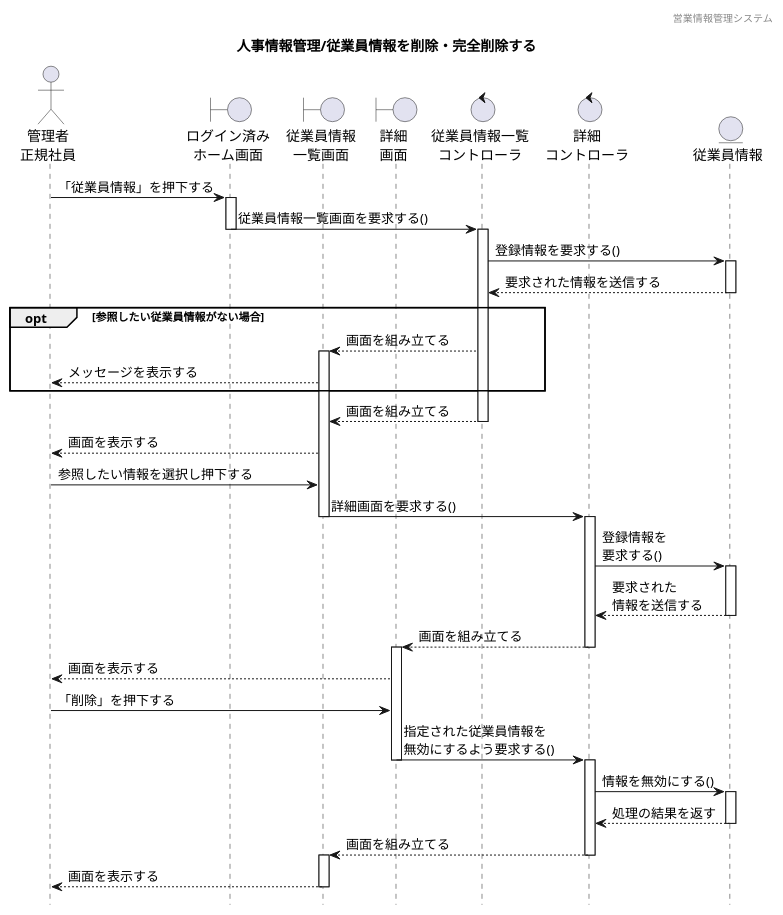
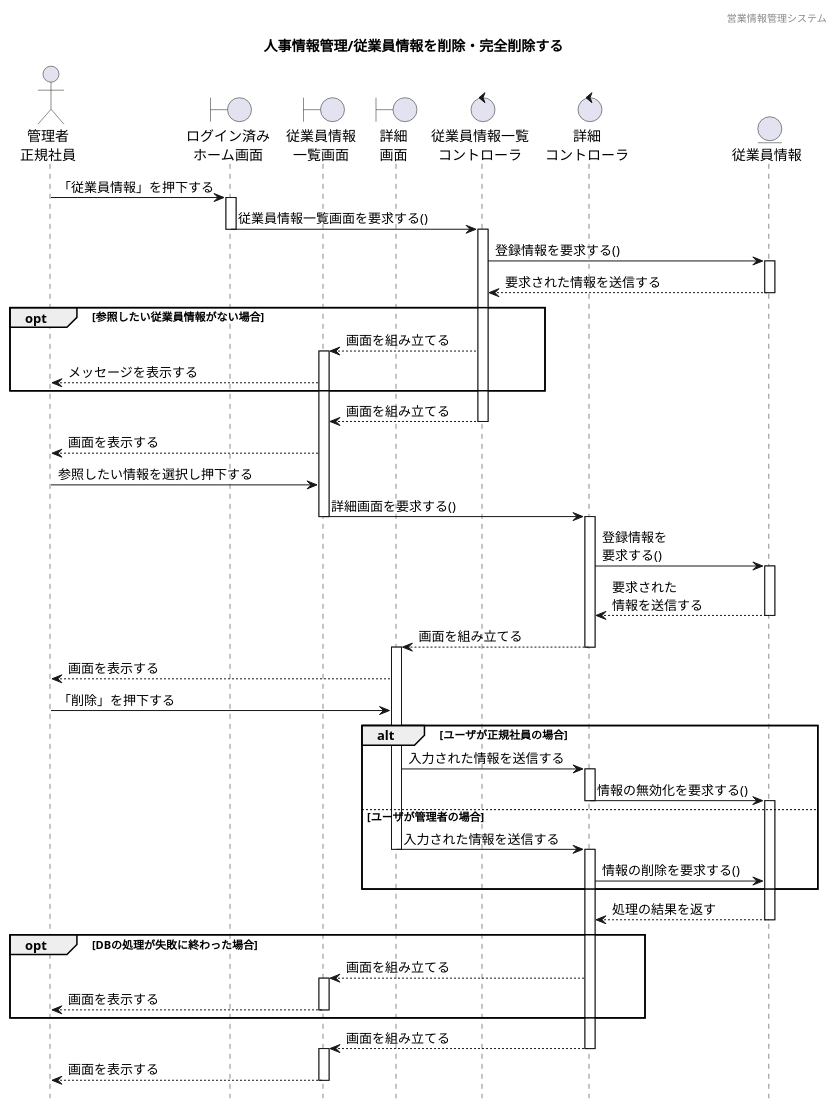
Before and after one commit to HaruShim/Sotuken: the diagram in 各種設計書/4シーケンス図/マスタ管理/1.従業員情報マスタ/従業員情報管理_削除.plantuml, drawn with PlantUML. The commit also changed 3 other files, not shown here.

```diff
--- a/各種設計書/4シーケンス図/マスタ管理/1.従業員情報マスタ/従業員情報管理_削除.plantuml
+++ b/各種設計書/4シーケンス図/マスタ管理/1.従業員情報マスタ/従業員情報管理_削除.plantuml
@@ -1,75 +1,88 @@
 @startuml ../../images/従業員情報マスタ/従業員情報管理_参照
 
 ' 下アイコン除去
 hide footbox
 ' ヘッダー
 header 営業情報管理システム
 ' タイトル
 title 人事情報管理/従業員情報を削除・完全削除する
 
 
 ' actor "" as 
 actor "管理者\n正規社員" as a1
 
 ' boundary "" as 
 boundary "ログイン済み\nホーム画面" as b1
 boundary "従業員情報\n一覧画面" as b2
 boundary "詳細\n画面" as b3
 
 ' control "" as 
 control "従業員情報一覧\nコントローラ" as c1
 control "詳細\nコントローラ" as c2
 
 ' entity "" as
 entity "従業員情報" as e1
 
 
 ' ログイン済みホーム画面から一覧表示までのシーケンス
 a1 -> b1 : 「従業員情報」を押下する
 activate b1
 b1 -> c1 : 従業員情報一覧画面を要求する()
 deactivate b1
 activate c1
 c1 -> e1 : 登録情報を要求する()
 activate e1
 c1 <-- e1 : 要求された情報を送信する
 deactivate e1
 
 ' 代替フロー
 opt 参照したい従業員情報がない場合
 b2 <-- c1 : 画面を組み立てる
 activate b2
 a1 <-- b2 : メッセージを表示する
 end
 
 b2 <-- c1 : 画面を組み立てる
 deactivate c1
 
 a1 <-- b2 : 画面を表示する
 a1 -> b2 : 参照したい情報を選択し押下する
 b2 -> c2 : 詳細画面を要求する()
 deactivate b2
 activate c2
 c2 -> e1 : 登録情報を\n要求する()
 activate e1
 c2 <-- e1 : 要求された\n情報を送信する
 deactivate e1
 b3 <-- c2 : 画面を組み立てる
 deactivate c2
 activate b3
 a1 <-- b3 : 画面を表示する
 a1 -> b3 : 「削除」を押下する
-b3 -> c2 : 指定された従業員情報を\n無効にするよう要求する()
+alt ユーザが正規社員の場合
+b3 -> c2 : 入力された情報を送信する
+activate c2
+c2 -> e1 : 情報の無効化を要求する()
+deactivate c2
+activate e1
+else ユーザが管理者の場合
+b3 -> c2 : 入力された情報を送信する
 deactivate b3
 activate c2
-c2 -> e1 : 情報を無効にする()
-activate e1
+c2 -> e1 : 情報の削除を要求する()
+end
 c2 <-- e1 : 処理の結果を返す
 deactivate e1
+opt DBの処理が失敗に終わった場合
+b2 <-- c2 : 画面を組み立てる
+activate b2
+a1 <-- b2 : 画面を表示する
+deactivate b2
+end 
 b2 <-- c2 : 画面を組み立てる
 deactivate c2
 activate b2
 a1 <-- b2 : 画面を表示する
 deactivate b2
 
 @enduml
```
